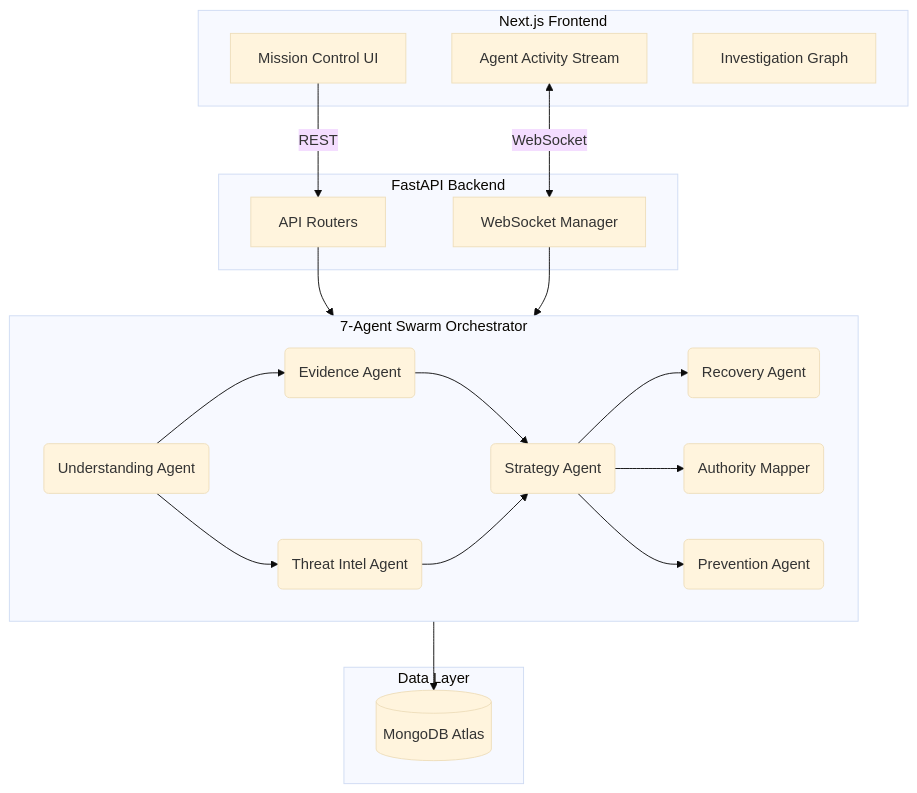
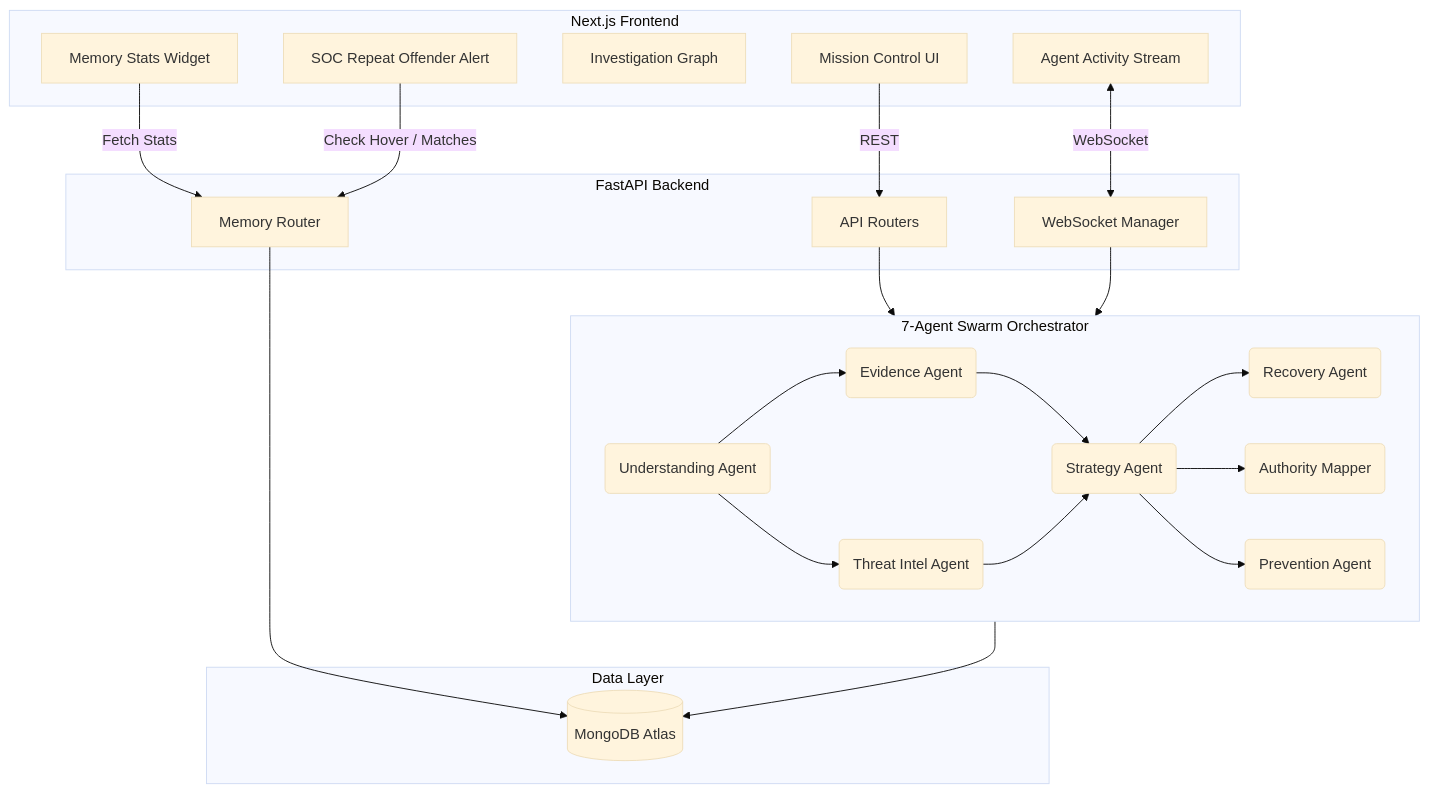
One commit to TechNxt05/CyberGuard changed the diagram in README.md. Above: the diagram before and after it, drawn with Mermaid (base theme). The commit also changed other lines of this file and 18 other files, not shown here.

````diff
--- a/README.md
+++ b/README.md
@@ -77,42 +91,48 @@
 ```mermaid
 graph TD
     subgraph Client [Next.js Frontend]
         UI[Mission Control UI]
         Stream[Agent Activity Stream]
         Graph[Investigation Graph]
+        Stats[Memory Stats Widget]
+        Alerts[SOC Repeat Offender Alert]
     end
 
     subgraph API [FastAPI Backend]
         Router[API Routers]
+        MemRouter[Memory Router]
         WS[WebSocket Manager]
     end
 
     subgraph LangGraph [7-Agent Swarm Orchestrator]
         Understand(Understanding Agent)
         Evidence(Evidence Agent)
         Intel(Threat Intel Agent)
         Strategy(Strategy Agent)
         Recovery(Recovery Agent)
         Auth(Authority Mapper)
         Prev(Prevention Agent)
     end
 
     subgraph Data [Data Layer]
         Mongo[(MongoDB Atlas)]
     end
 
     UI -->|REST| Router
+    Stats -->|Fetch Stats| MemRouter
+    Alerts -->|Check Hover / Matches| MemRouter
     Stream <-->|WebSocket| WS
     Router --> LangGraph
     WS --> LangGraph
     
     Understand --> Evidence
     Understand --> Intel
     Evidence --> Strategy
     Intel --> Strategy
     Strategy --> Recovery
     Strategy --> Auth
     Strategy --> Prev
     
     LangGraph --> Mongo
+    MemRouter --> Mongo
 ```
````
